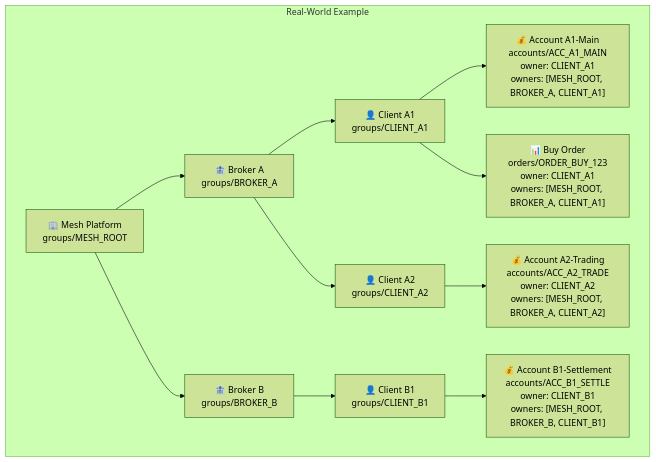
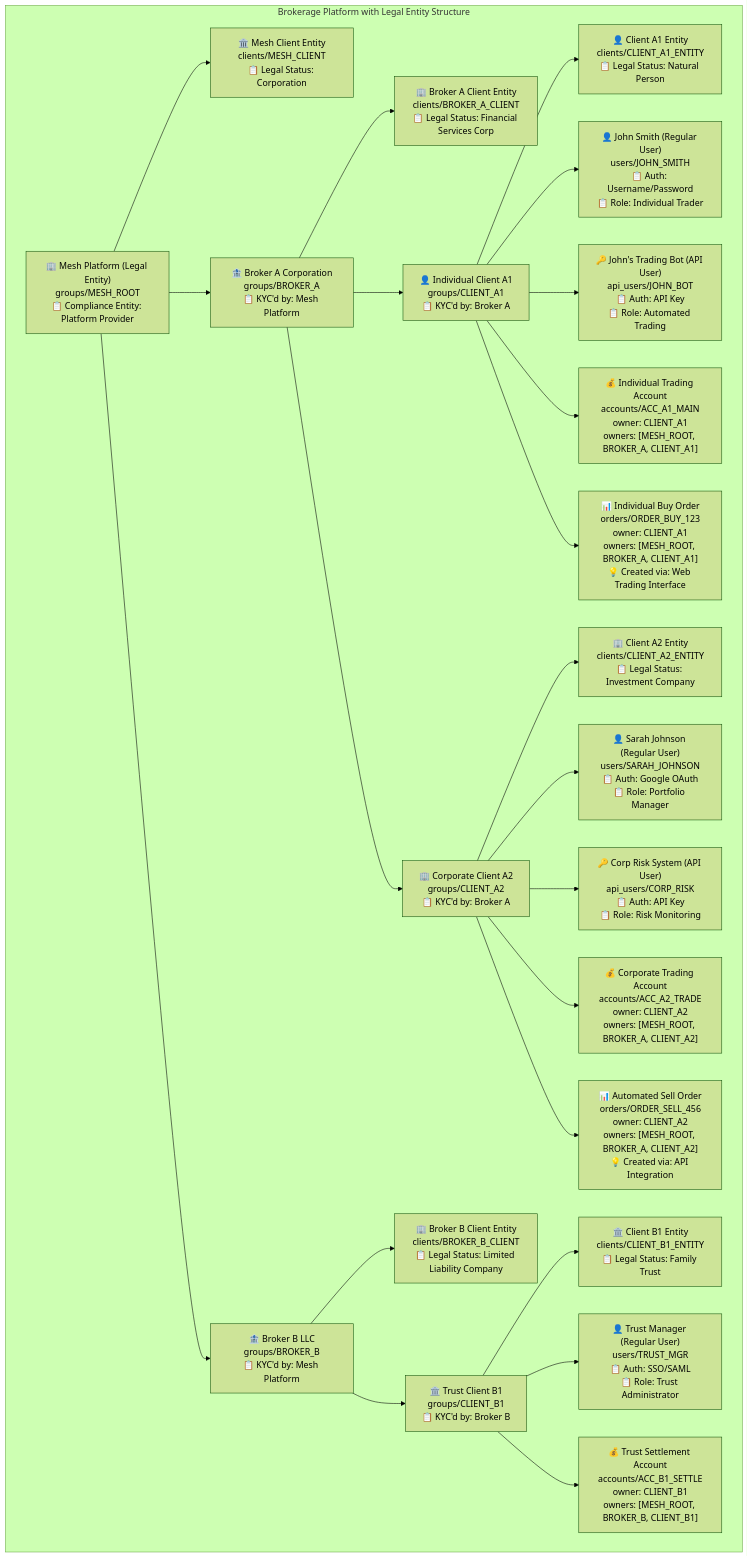
One commit to meshtrade/api changed the seventh of 8 diagrams in docs/docs/architecture/group-ownership.mdx. Above: the diagram before and after it, drawn with Mermaid (forest theme). The commit also changed other lines of this file and 1 other file, not shown here.

````diff
--- a/docs/docs/architecture/group-ownership.mdx
+++ b/docs/docs/architecture/group-ownership.mdx
@@ -262,31 +305,59 @@
 ```mermaid
 graph TD
-    subgraph "Real-World Example"
-        Mesh["🏢 Mesh Platform<br/>groups/MESH_ROOT"]
+    subgraph "Brokerage Platform with Legal Entity Structure"
+        Mesh["🏢 Mesh Platform (Legal Entity)<br/>groups/MESH_ROOT<br/>📋 Compliance Entity: Platform Provider"]
+        MeshClient["🏛️ Mesh Client Entity<br/>clients/MESH_CLIENT<br/>📋 Legal Status: Corporation"]
         
-        BrokerA["🏦 Broker A<br/>groups/BROKER_A"]
-        BrokerB["🏦 Broker B<br/>groups/BROKER_B"]
+        BrokerA["🏦 Broker A Corporation<br/>groups/BROKER_A<br/>📋 KYC'd by: Mesh Platform"]
+        BrokerAClient["🏢 Broker A Client Entity<br/>clients/BROKER_A_CLIENT<br/>📋 Legal Status: Financial Services Corp"]
         
-        ClientA1["👤 Client A1<br/>groups/CLIENT_A1"]
-        ClientA2["👤 Client A2<br/>groups/CLIENT_A2"]
-        ClientB1["👤 Client B1<br/>groups/CLIENT_B1"]
+        BrokerB["🏦 Broker B LLC<br/>groups/BROKER_B<br/>📋 KYC'd by: Mesh Platform"]
+        BrokerBClient["🏢 Broker B Client Entity<br/>clients/BROKER_B_CLIENT<br/>📋 Legal Status: Limited Liability Company"]
         
-        AccA1["💰 Account A1-Main<br/>accounts/ACC_A1_MAIN<br/>owner: CLIENT_A1<br/>owners: [MESH_ROOT, BROKER_A, CLIENT_A1]"]
+        ClientA1["👤 Individual Client A1<br/>groups/CLIENT_A1<br/>📋 KYC'd by: Broker A"]
+        ClientA1Entity["👤 Client A1 Entity<br/>clients/CLIENT_A1_ENTITY<br/>📋 Legal Status: Natural Person"]
+        A1RegUser["👤 John Smith (Regular User)<br/>users/JOHN_SMITH<br/>📋 Auth: Username/Password<br/>📋 Role: Individual Trader"]
+        A1ApiUser["🔑 John's Trading Bot (API User)<br/>api_users/JOHN_BOT<br/>📋 Auth: API Key<br/>📋 Role: Automated Trading"]
         
-        AccA2["💰 Account A2-Trading<br/>accounts/ACC_A2_TRADE<br/>owner: CLIENT_A2<br/>owners: [MESH_ROOT, BROKER_A, CLIENT_A2]"]
+        ClientA2["🏢 Corporate Client A2<br/>groups/CLIENT_A2<br/>📋 KYC'd by: Broker A"]
+        ClientA2Entity["🏢 Client A2 Entity<br/>clients/CLIENT_A2_ENTITY<br/>📋 Legal Status: Investment Company"]
+        A2RegUser["👤 Sarah Johnson (Regular User)<br/>users/SARAH_JOHNSON<br/>📋 Auth: Google OAuth<br/>📋 Role: Portfolio Manager"]
+        A2ApiUser["🔑 Corp Risk System (API User)<br/>api_users/CORP_RISK<br/>📋 Auth: API Key<br/>📋 Role: Risk Monitoring"]
         
-        AccB1["💰 Account B1-Settlement<br/>accounts/ACC_B1_SETTLE<br/>owner: CLIENT_B1<br/>owners: [MESH_ROOT, BROKER_B, CLIENT_B1]"]
+        ClientB1["🏛️ Trust Client B1<br/>groups/CLIENT_B1<br/>📋 KYC'd by: Broker B"]
+        ClientB1Entity["🏛️ Client B1 Entity<br/>clients/CLIENT_B1_ENTITY<br/>📋 Legal Status: Family Trust"]
+        B1RegUser["👤 Trust Manager (Regular User)<br/>users/TRUST_MGR<br/>📋 Auth: SSO/SAML<br/>📋 Role: Trust Administrator"]
         
-        OrderA1["📊 Buy Order<br/>orders/ORDER_BUY_123<br/>owner: CLIENT_A1<br/>owners: [MESH_ROOT, BROKER_A, CLIENT_A1]"]
+        AccA1["💰 Individual Trading Account<br/>accounts/ACC_A1_MAIN<br/>owner: CLIENT_A1<br/>owners: [MESH_ROOT, BROKER_A, CLIENT_A1]"]
         
+        AccA2["💰 Corporate Trading Account<br/>accounts/ACC_A2_TRADE<br/>owner: CLIENT_A2<br/>owners: [MESH_ROOT, BROKER_A, CLIENT_A2]"]
+        
+        AccB1["💰 Trust Settlement Account<br/>accounts/ACC_B1_SETTLE<br/>owner: CLIENT_B1<br/>owners: [MESH_ROOT, BROKER_B, CLIENT_B1]"]
+        
+        OrderA1["📊 Individual Buy Order<br/>orders/ORDER_BUY_123<br/>owner: CLIENT_A1<br/>owners: [MESH_ROOT, BROKER_A, CLIENT_A1]<br/>💡 Created via: Web Trading Interface"]
+        
+        OrderA2["📊 Automated Sell Order<br/>orders/ORDER_SELL_456<br/>owner: CLIENT_A2<br/>owners: [MESH_ROOT, BROKER_A, CLIENT_A2]<br/>💡 Created via: API Integration"]
+        
+        Mesh --> MeshClient
         Mesh --> BrokerA
         Mesh --> BrokerB
+        BrokerA --> BrokerAClient
+        BrokerB --> BrokerBClient
         BrokerA --> ClientA1
         BrokerA --> ClientA2
         BrokerB --> ClientB1
+        ClientA1 --> ClientA1Entity
+        ClientA2 --> ClientA2Entity
+        ClientB1 --> ClientB1Entity
+        ClientA1 --> A1RegUser
+        ClientA1 --> A1ApiUser
+        ClientA2 --> A2RegUser
+        ClientA2 --> A2ApiUser
+        ClientB1 --> B1RegUser
         ClientA1 --> AccA1
         ClientA2 --> AccA2
         ClientB1 --> AccB1
         ClientA1 --> OrderA1
+        ClientA2 --> OrderA2
     end
 ```
````
